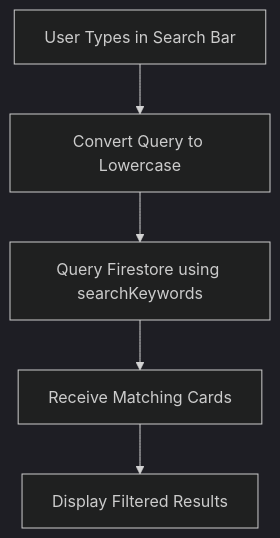
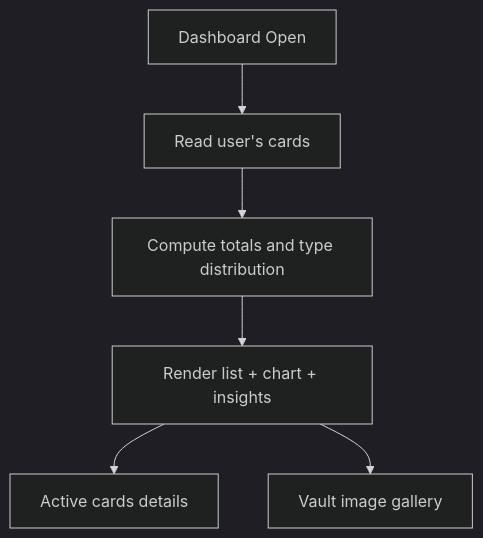
One commit to cybercomet-07/CardVault changed the fifth of 5 diagrams in architecture.md. Above: the diagram before and after it, drawn with Mermaid (dark theme). The commit also changed other lines of this file and 28 other files, not shown here.

````diff
--- a/architecture.md
+++ b/architecture.md
@@ -104,7 +101,8 @@
 ```mermaid
 flowchart TD
-    A[User Types in Search Bar] --> B[Convert Query to Lowercase]
-    B --> C[Query Firestore using searchKeywords]
-    C --> D[Receive Matching Cards]
-    D --> E[Display Filtered Results]
+    A[Dashboard Open] --> B[Read user's cards]
+    B --> C[Compute totals and type distribution]
+    C --> D[Render list + chart + insights]
+    D --> E[Active cards details]
+    D --> F[Vault image gallery]
 ```
````
